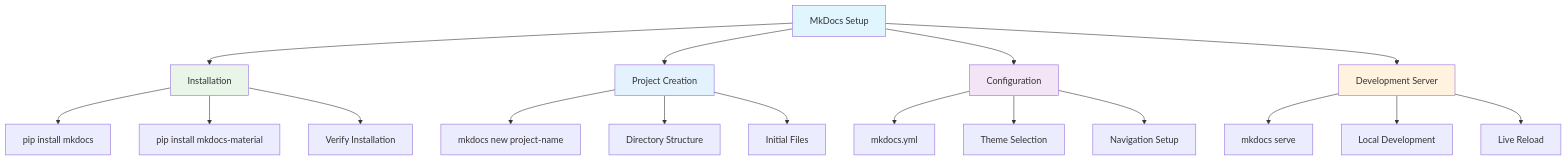
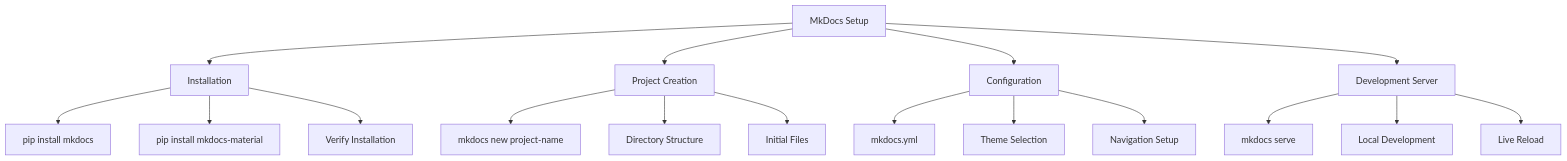
Before and after one commit to sayyamsheikh42/Python-Learning-Material: the ninth of 14 diagrams in 00_python_colab/18_docstrings_mkdocs/readme.md, drawn with Mermaid. The commit also changed other lines of this file, not shown here.

````diff
--- a/00_python_colab/18_docstrings_mkdocs/readme.md
+++ b/00_python_colab/18_docstrings_mkdocs/readme.md
@@ -1225,29 +1185,23 @@
 ```mermaid
 graph TD
-    A["MkDocs Setup"] --> B["Installation"]
-    A --> C["Project Creation"]
-    A --> D["Configuration"]
-    A --> E["Development Server"]
+    A[MkDocs Setup] --> B[Installation]
+    A --> C[Project Creation]
+    A --> D[Configuration]
+    A --> E[Development Server]
     
-    B --> B1["pip install mkdocs"]
-    B --> B2["pip install mkdocs-material"]
-    B --> B3["Verify Installation"]
+    B --> B1[pip install mkdocs]
+    B --> B2[pip install mkdocs-material]
+    B --> B3[Verify Installation]
     
-    C --> C1["mkdocs new project-name"]
-    C --> C2["Directory Structure"]
-    C --> C3["Initial Files"]
+    C --> C1[mkdocs new project-name]
+    C --> C2[Directory Structure]
+    C --> C3[Initial Files]
     
-    D --> D1["mkdocs.yml"]
-    D --> D2["Theme Selection"]
-    D --> D3["Navigation Setup"]
+    D --> D1[mkdocs.yml]
+    D --> D2[Theme Selection]
+    D --> D3[Navigation Setup]
     
-    E --> E1["mkdocs serve"]
-    E --> E2["Local Development"]
-    E --> E3["Live Reload"]
-    
-    style A fill:#e1f5fe
-    style B fill:#e8f5e8
-    style C fill:#e3f2fd
-    style D fill:#f3e5f5
-    style E fill:#fff3e0
+    E --> E1[mkdocs serve]
+    E --> E2[Local Development]
+    E --> E3[Live Reload]
 ```
````
